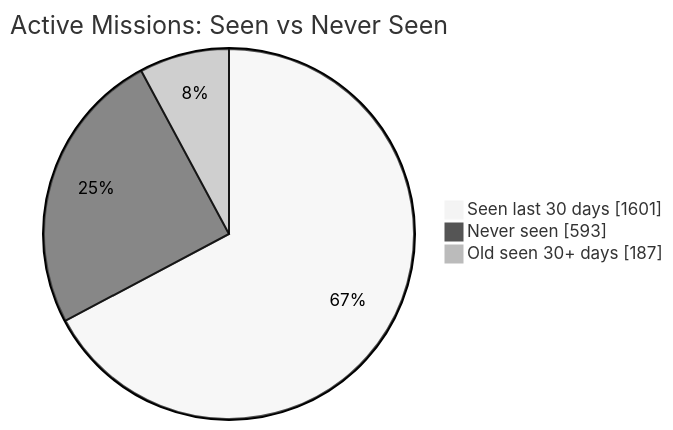
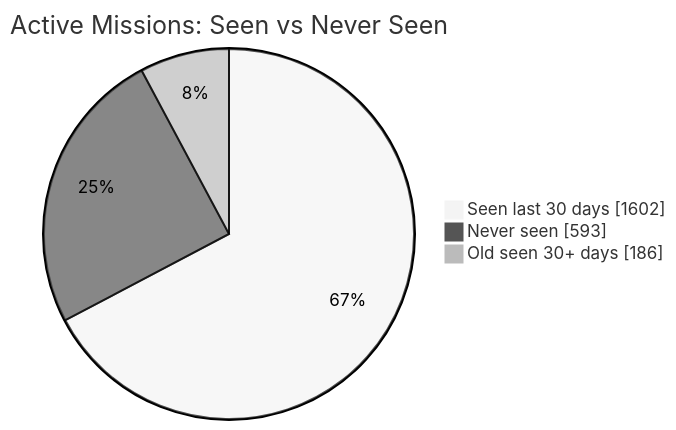
One commit to MeldkamerspelGameTeam/active-missions changed the first of 2 diagrams in README.md. Above: the diagram before and after it, drawn with Mermaid (neutral theme). The commit also changed other lines of this file and 8 other files, not shown here.

````diff
--- a/README.md
+++ b/README.md
@@ -34,7 +34,7 @@
 ```mermaid
 pie showData
     title Active Missions: Seen vs Never Seen
-    "Seen last 30 days" : 1601
+    "Seen last 30 days" : 1602
     "Never seen" : 593
-    "Old seen 30+ days" : 187
+    "Old seen 30+ days" : 186
 ```
````
